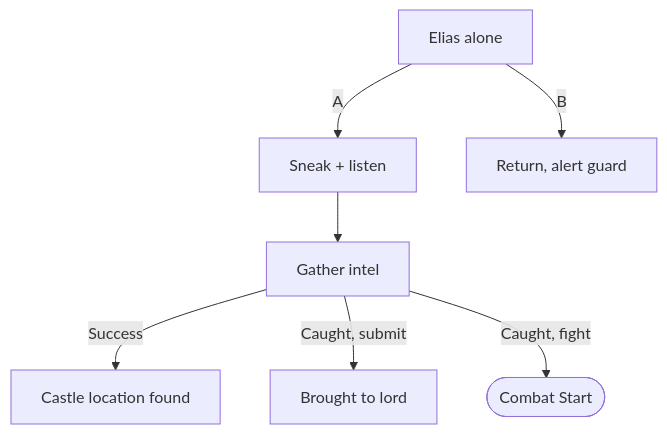
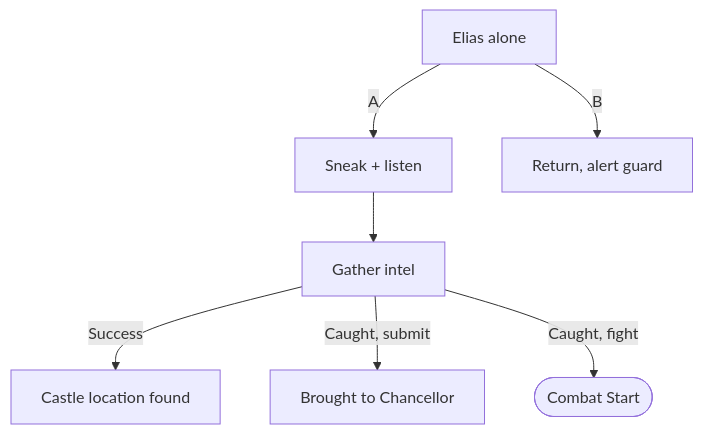
Before and after one commit to Kitick/Anthro: the eighth of 11 diagrams in Lore/Scenes/Intros/Elias.md, drawn with Mermaid. The commit also changed other lines of this file and 1 other file, not shown here.

Commit message:
Edmund is a chancellor

````diff
--- a/Lore/Scenes/Intros/Elias.md
+++ b/Lore/Scenes/Intros/Elias.md
@@ -177,10 +177,10 @@
 ```mermaid
 flowchart TD
     Scen2[Elias alone] -->|A| S2A[Sneak + listen]
     Scen2 -->|B| S2B[Return, alert guard]
 
     S2A --> S2A_Obj[Gather intel]
     S2A_Obj -->|Success| S2A_Success[Castle location found]
-    S2A_Obj -->|Caught, submit| S2A_Submit[Brought to lord]
+    S2A_Obj -->|Caught, submit| S2A_Submit[Brought to Chancellor]
     S2A_Obj -->|Caught, fight| CombatStart([Combat Start])
 ```
````
